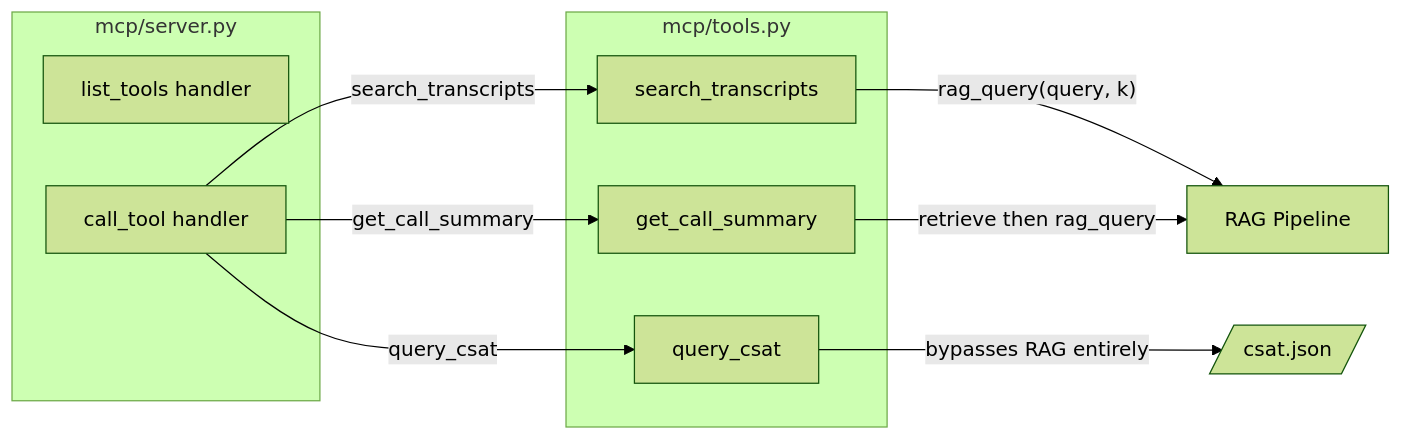
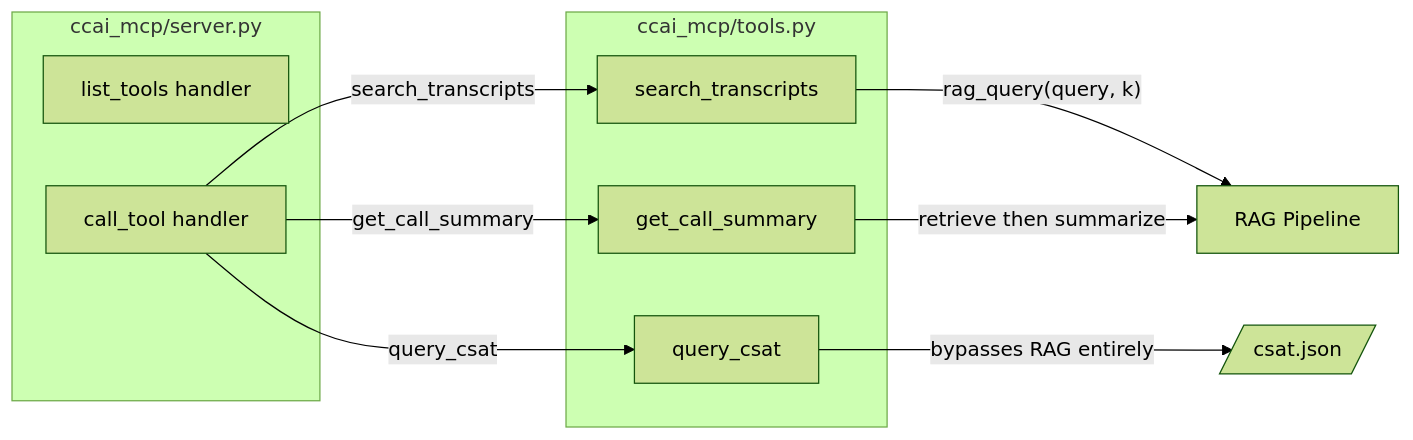
Before and after one commit to HendoCode/hendocode.github.io: the third of 5 diagrams in src/content/posts/the-blueprint.md, drawn with Mermaid (forest theme). The commit also changed other lines of this file and 6 other files, not shown here.

````diff
--- a/src/content/posts/the-blueprint.md
+++ b/src/content/posts/the-blueprint.md
@@ -121,23 +124,23 @@
 ```mermaid
 flowchart LR
-    subgraph server ["mcp/server.py"]
+    subgraph server ["ccai_mcp/server.py"]
         listTools["list_tools handler"]
         callTool["call_tool handler"]
     end
 
-    subgraph tools ["mcp/tools.py"]
+    subgraph tools ["ccai_mcp/tools.py"]
         searchTool["search_transcripts"]
         summaryTool["get_call_summary"]
         csatTool["query_csat"]
     end
 
     ragPipeline["RAG Pipeline"]
     dataFiles[/"csat.json"/]
 
     callTool -->|"search_transcripts"| searchTool
     callTool -->|"get_call_summary"| summaryTool
     callTool -->|"query_csat"| csatTool
     searchTool -->|"rag_query(query, k)"| ragPipeline
-    summaryTool -->|"retrieve then rag_query"| ragPipeline
+    summaryTool -->|"retrieve then summarize"| ragPipeline
     csatTool -->|"bypasses RAG entirely"| dataFiles
 ```
````
